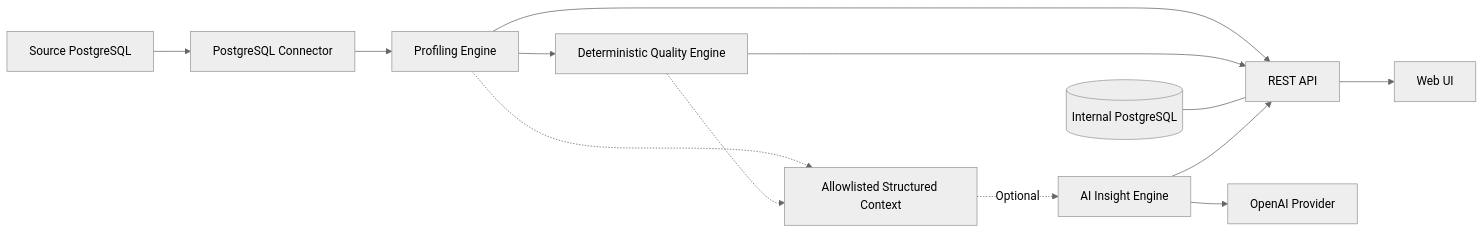
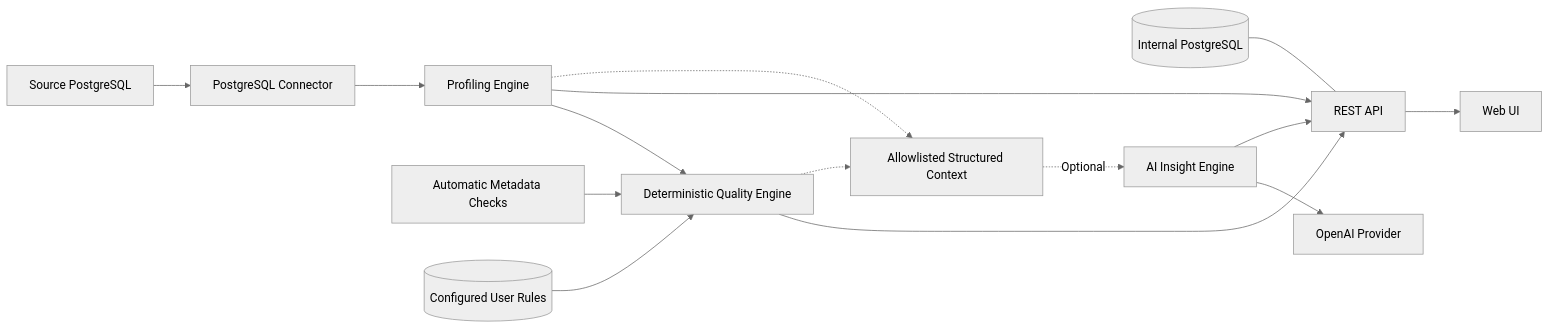
Before and after one commit to jeanteixeira/datuvera: the diagram in README.md, drawn with Mermaid (neutral theme). The commit also changed other lines of this file and 22 other files, not shown here.

Commit message:
feat: add configurable quality rules

````diff
--- a/README.md
+++ b/README.md
@@ -66,15 +67,17 @@
 ```mermaid
 flowchart LR
     PG[Source PostgreSQL] --> Connector[PostgreSQL Connector]
     Connector --> Profile[Profiling Engine]
     Profile --> Quality[Deterministic Quality Engine]
+    MetadataRules[Automatic Metadata Checks] --> Quality
+    ConfiguredRules[(Configured User Rules)] --> Quality
     Profile --> API[REST API]
     Quality --> API
     API --> Web[Web UI]
     Metadata[(Internal PostgreSQL)] --- API
     Profile -.-> Context[Allowlisted Structured Context]
     Quality -.-> Context
     Context -. Optional .-> AI[AI Insight Engine]
     AI --> Provider[OpenAI Provider]
     AI --> API
 ```
````
